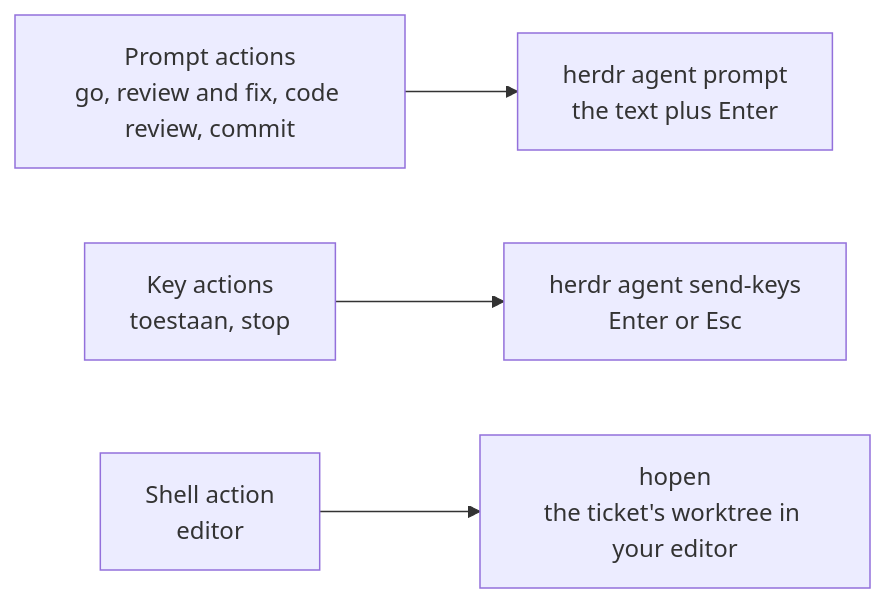
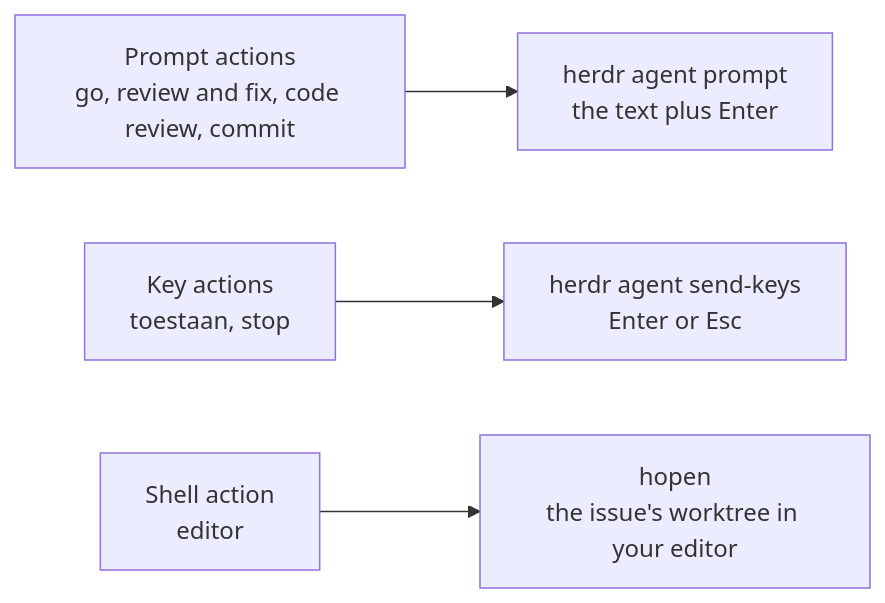
The fifth of 7 diagrams in docs/flows.md (PieterLuypaert/helm), drawn with Mermaid before and after one commit. The commit also changed other lines of this file and 14 other files, not shown here.

````diff
--- a/docs/flows.md
+++ b/docs/flows.md
@@ -120,6 +120,6 @@
 ```mermaid
 flowchart LR
     prompt["Prompt actions<br/>go, review and fix, code review, commit"] --> promptCmd["herdr agent prompt<br/>the text plus Enter"]
     keysAction["Key actions<br/>toestaan, stop"] --> keysCmd["herdr agent send-keys<br/>Enter or Esc"]
-    shell["Shell action<br/>editor"] --> shellCmd["hopen<br/>the ticket's worktree in your editor"]
+    shell["Shell action<br/>editor"] --> shellCmd["hopen<br/>the issue's worktree in your editor"]
 ```
````
